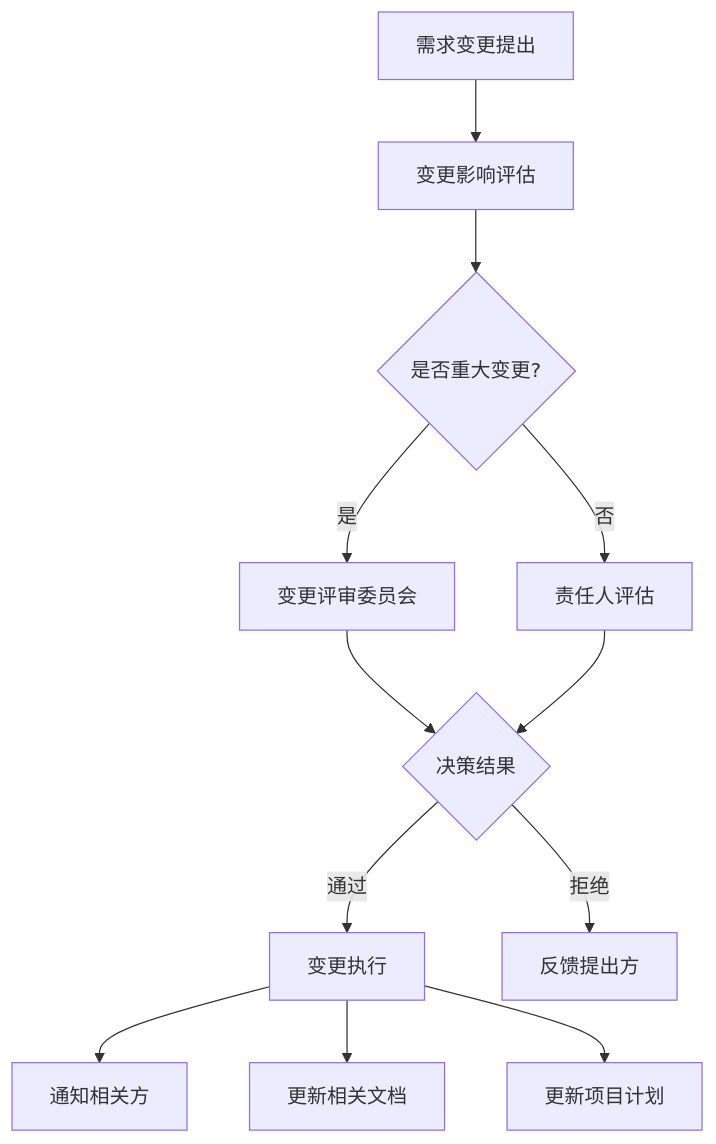
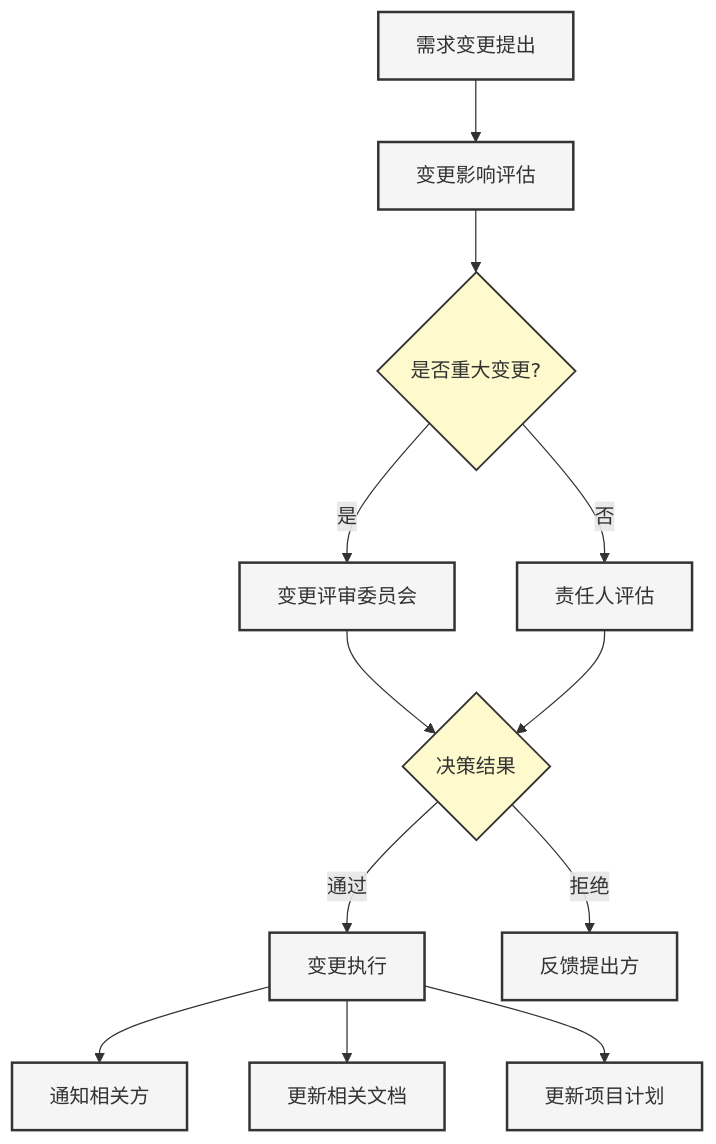
Before and after one commit to Taskon-xyz/PR: the tenth of 11 diagrams in 开发流程图.md, drawn with Mermaid. The commit also changed other lines of this file and 1 other file, not shown here.

````diff
--- a/开发流程图.md
+++ b/开发流程图.md
@@ -260,14 +276,22 @@
 ```mermaid
 graph TD
-    A[需求变更提出] --> B[变更影响评估]
-    B --> C{是否重大变更?}
-    C -->|是| D[变更评审委员会]
-    C -->|否| E[责任人评估]
-    D --> F{决策结果}
+    classDef processNode fill:#f5f5f5,stroke:#333,stroke-width:2px,color:#333
+    classDef decisionNode fill:#fffacd,stroke:#333,stroke-width:1.5px
+    classDef actionNode fill:#e6f7ff,stroke:#333,stroke-width:1px
+    
+    A["需求变更提出"] --> B["变更影响评估"]
+    B --> C{"是否重大变更?"}
+    C -->|是| D["变更评审委员会"]
+    C -->|否| E["责任人评估"]
+    D --> F{"决策结果"}
     E --> F
-    F -->|通过| G[变更执行]
-    F -->|拒绝| H[反馈提出方]
-    G --> I[通知相关方]
-    G --> J[更新相关文档]
-    G --> K[更新项目计划]
+    F -->|通过| G["变更执行"]
+    F -->|拒绝| H["反馈提出方"]
+    
+    G --> I["通知相关方"]
+    G --> J["更新相关文档"]
+    G --> K["更新项目计划"]
+    
+    class A,B,D,E,G,H,I,J,K processNode
+    class C,F decisionNode
 ```
````
